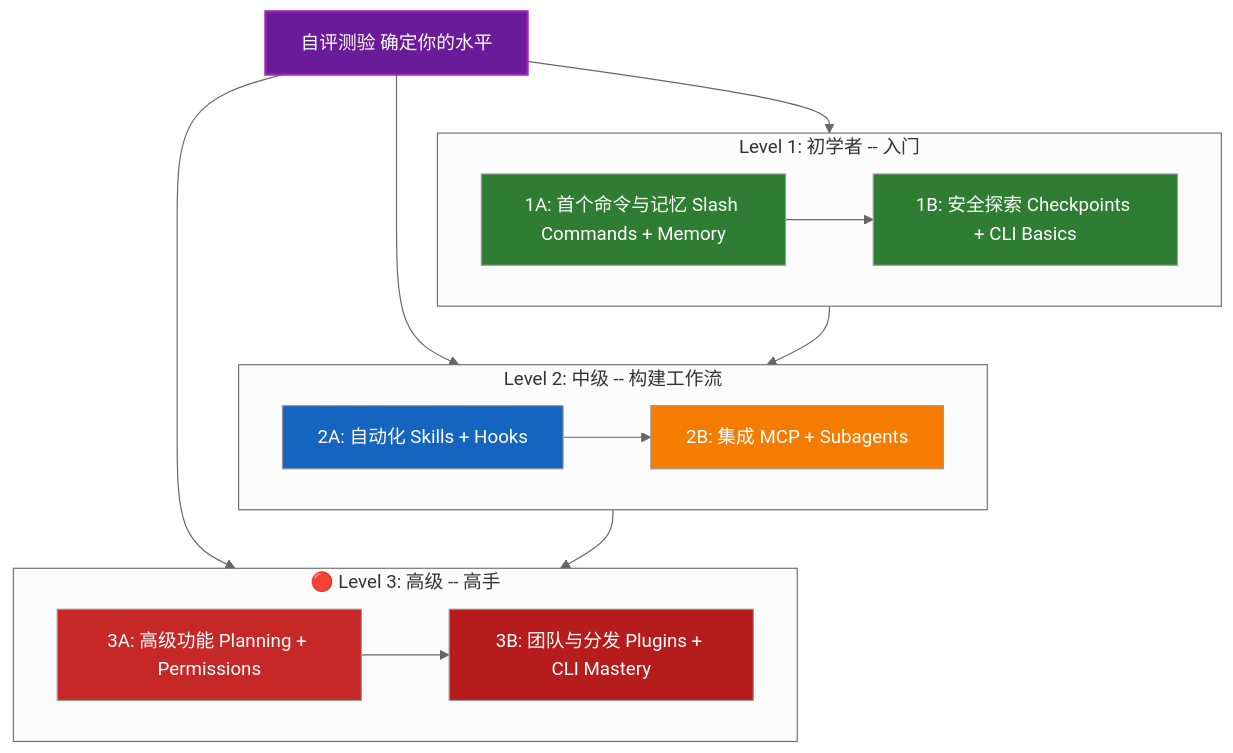
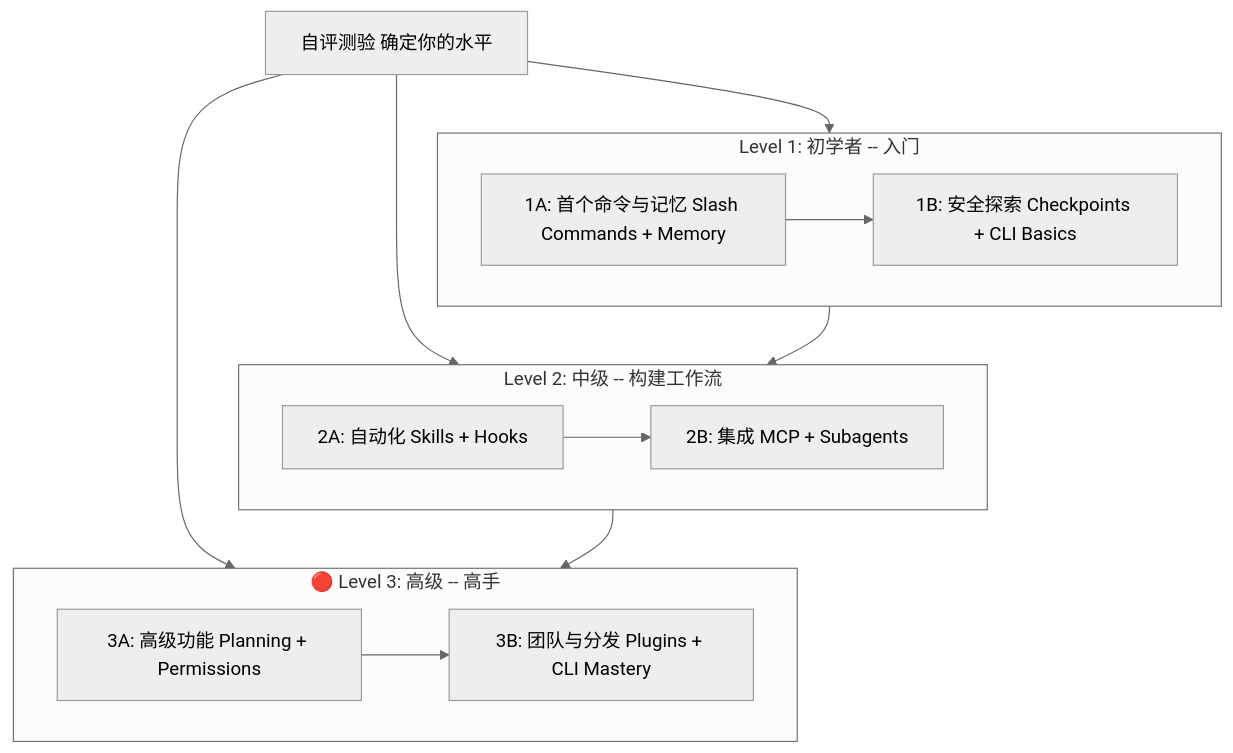
One commit to Rx782-Fss/claude-howto-zh changed the diagram in claude-howto-zh/LEARNING-ROADMAP.md. Above: the diagram before and after it, drawn with Mermaid (neutral theme). The commit also changed 9 other files, not shown here.

Commit message:
fix: 清除 Mermaid style 行(105处)和节点标签数字列表格式(17处)，修复 Obsidian/GitHub 'Unsupported markdown: list' 渲染错误

````diff
--- a/claude-howto-zh/LEARNING-ROADMAP.md
+++ b/claude-howto-zh/LEARNING-ROADMAP.md
@@ -55,32 +55,25 @@
 ```mermaid
 graph TD
     Q[" 自评测验 确定你的水平"] --> L1
     Q --> L2
     Q --> L3
 
     subgraph L1[" Level 1: 初学者 -- 入门"]
         direction LR
         A["1A: 首个命令与记忆 Slash Commands + Memory"] --> B["1B: 安全探索 Checkpoints + CLI Basics"]
     end
 
     subgraph L2[" Level 2: 中级 -- 构建工作流"]
         direction LR
         C["2A: 自动化 Skills + Hooks"] --> D["2B: 集成 MCP + Subagents"]
     end
 
     subgraph L3["🔴 Level 3: 高级 -- 高手"]
         direction LR
         E["3A: 高级功能 Planning + Permissions"] --> F["3B: 团队与分发 Plugins + CLI Mastery"]
     end
 
     L1 --> L2
     L2 --> L3
 
-    style Q fill:#6A1B9A,color:#fff,stroke:#9C27B0,stroke-width:2px
-    style A fill:#2E7D32,color:#fff
-    style B fill:#2E7D32,color:#fff
-    style C fill:#1565C0,color:#fff
-    style D fill:#F57C00,color:#fff
-    style E fill:#C62828,color:#fff
-    style F fill:#B71C1C,color:#fff
 ```
````
